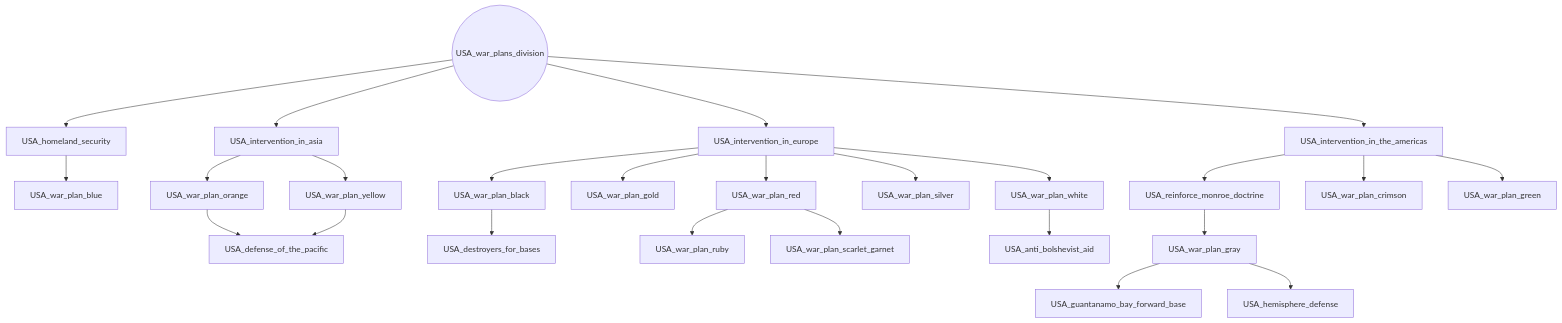
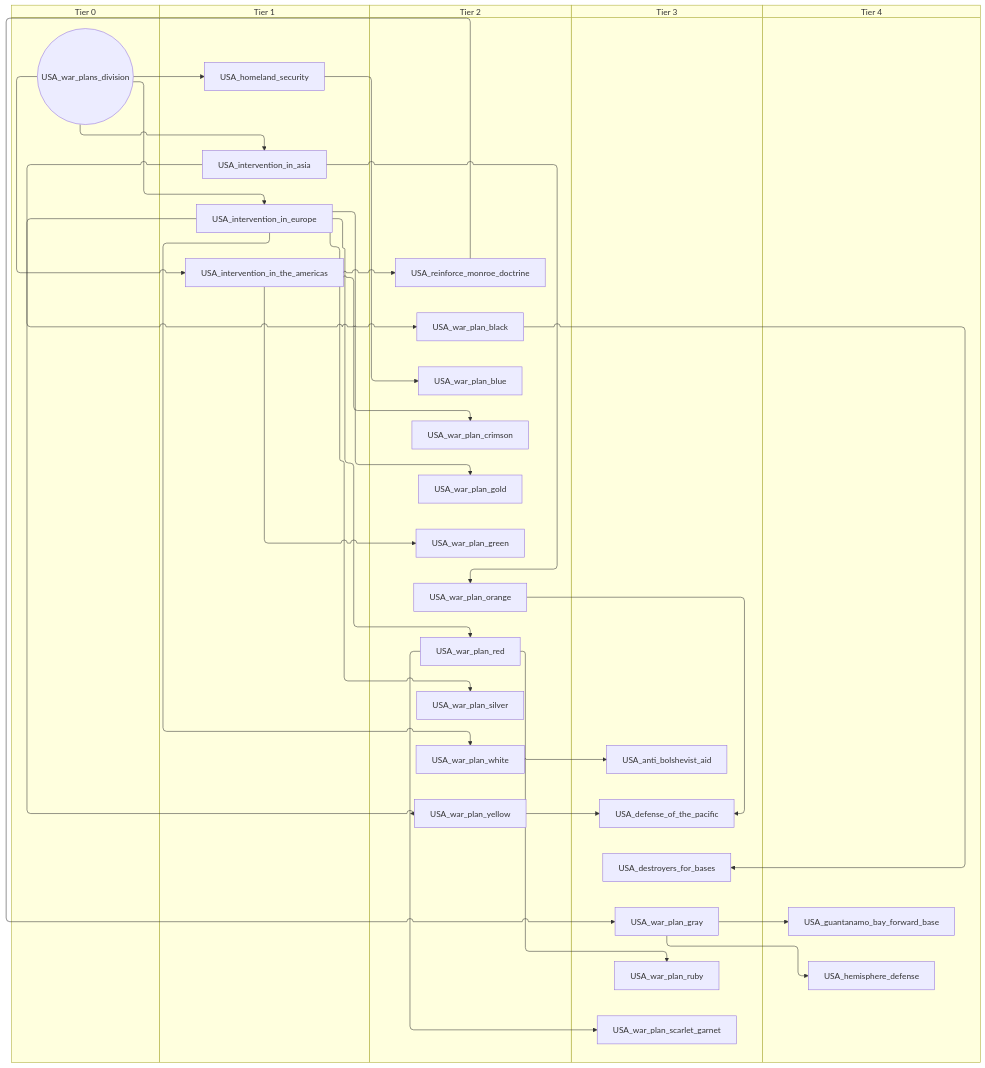
The fourth of 4 diagrams in docs/gdd/National Focuses/r56/usa.md (evgeny-sobol/hoi4-sandbox-mode-r56), drawn with Mermaid before and after one commit. The commit also changed other lines of this file and 423 other files, not shown here.

First line of the commit message:
Re-export Rt56 focus trees as swimlane diagrams

````diff
--- a/docs/gdd/National Focuses/r56/usa.md
+++ b/docs/gdd/National Focuses/r56/usa.md
@@ -582,51 +646,61 @@
 ```mermaid
-flowchart TD
-    n178["USA_anti_bolshevist_aid"]
-    n179["USA_defense_of_the_pacific"]
-    n180["USA_destroyers_for_bases"]
-    n181["USA_guantanamo_bay_forward_base"]
-    n182["USA_hemisphere_defense"]
-    n183["USA_homeland_security"]
-    n184["USA_intervention_in_asia"]
-    n185["USA_intervention_in_europe"]
-    n186["USA_intervention_in_the_americas"]
-    n187["USA_reinforce_monroe_doctrine"]
-    n188["USA_war_plan_black"]
-    n189["USA_war_plan_blue"]
-    n190["USA_war_plan_crimson"]
-    n191["USA_war_plan_gold"]
-    n192["USA_war_plan_gray"]
-    n193["USA_war_plan_green"]
-    n194["USA_war_plan_orange"]
-    n195["USA_war_plan_red"]
-    n196["USA_war_plan_ruby"]
-    n197["USA_war_plan_scarlet_garnet"]
-    n198["USA_war_plan_silver"]
-    n199["USA_war_plan_white"]
-    n200["USA_war_plan_yellow"]
-    n201(("USA_war_plans_division"))
-    n199 --> n178
-    n200 --> n179
-    n194 --> n179
-    n188 --> n180
-    n192 --> n181
-    n192 --> n182
-    n201 --> n183
-    n201 --> n184
-    n201 --> n185
-    n201 --> n186
-    n186 --> n187
-    n185 --> n188
-    n183 --> n189
-    n186 --> n190
-    n185 --> n191
-    n187 --> n192
-    n186 --> n193
-    n184 --> n194
-    n185 --> n195
-    n195 --> n196
-    n195 --> n197
-    n185 --> n198
-    n185 --> n199
-    n184 --> n200
+swimlane-beta TD
+    subgraph tier_0["Tier 0"]
+        n178(("USA_war_plans_division"))
+    end
+    subgraph tier_1["Tier 1"]
+        n179["USA_homeland_security"]
+        n180["USA_intervention_in_asia"]
+        n181["USA_intervention_in_europe"]
+        n182["USA_intervention_in_the_americas"]
+    end
+    subgraph tier_2["Tier 2"]
+        n183["USA_reinforce_monroe_doctrine"]
+        n184["USA_war_plan_black"]
+        n185["USA_war_plan_blue"]
+        n186["USA_war_plan_crimson"]
+        n187["USA_war_plan_gold"]
+        n188["USA_war_plan_green"]
+        n189["USA_war_plan_orange"]
+        n190["USA_war_plan_red"]
+        n191["USA_war_plan_silver"]
+        n192["USA_war_plan_white"]
+        n193["USA_war_plan_yellow"]
+    end
+    subgraph tier_3["Tier 3"]
+        n194["USA_anti_bolshevist_aid"]
+        n195["USA_defense_of_the_pacific"]
+        n196["USA_destroyers_for_bases"]
+        n197["USA_war_plan_gray"]
+        n198["USA_war_plan_ruby"]
+        n199["USA_war_plan_scarlet_garnet"]
+    end
+    subgraph tier_4["Tier 4"]
+        n200["USA_guantanamo_bay_forward_base"]
+        n201["USA_hemisphere_defense"]
+    end
+    n192 --> n194
+    n193 --> n195
+    n189 --> n195
+    n184 --> n196
+    n197 --> n200
+    n197 --> n201
+    n178 --> n179
+    n178 --> n180
+    n178 --> n181
+    n178 --> n182
+    n182 --> n183
+    n181 --> n184
+    n179 --> n185
+    n182 --> n186
+    n181 --> n187
+    n183 --> n197
+    n182 --> n188
+    n180 --> n189
+    n181 --> n190
+    n190 --> n198
+    n190 --> n199
+    n181 --> n191
+    n181 --> n192
+    n180 --> n193
 ```
````
